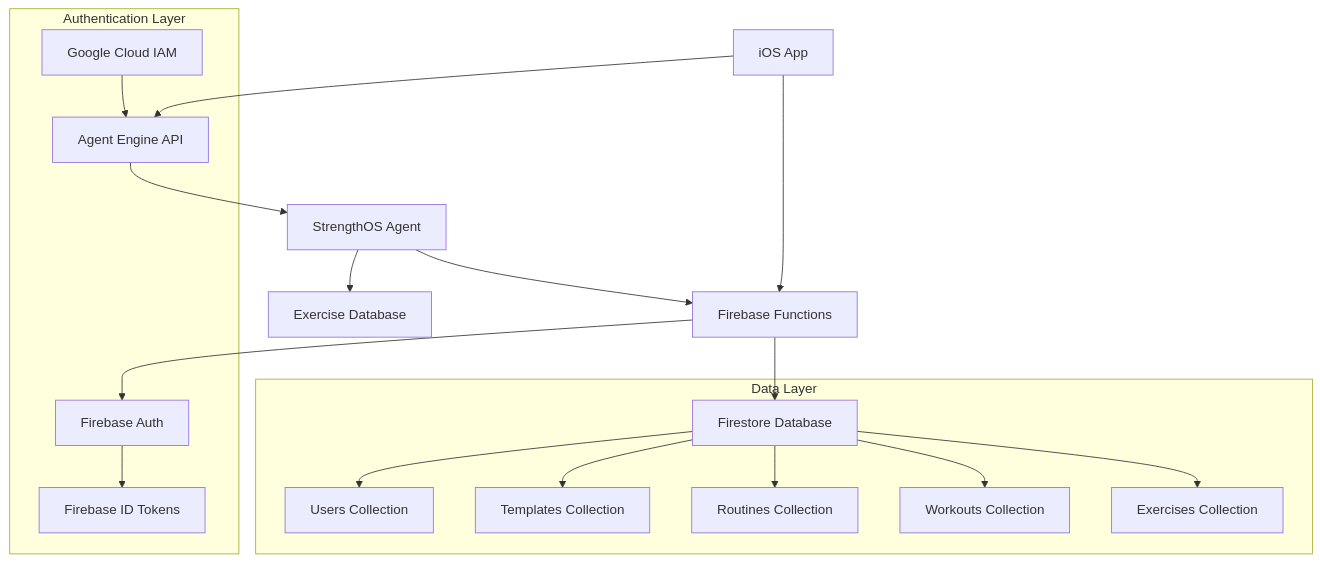
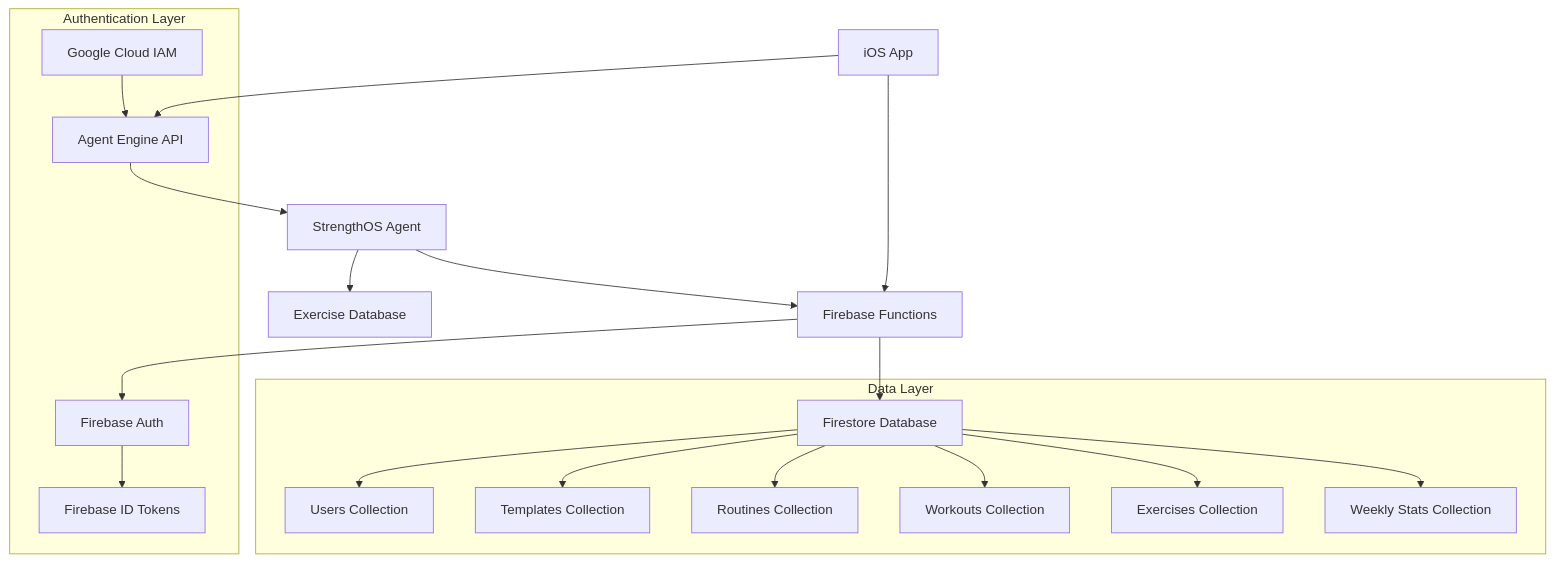
The first of 3 diagrams in README.md (ValterAndersson/myon), drawn with Mermaid before and after one commit. The commit also changed other lines of this file and 1 other file, not shown here.

First line of the commit message:
Remove pr-description.md and update README to include weekly stats collection details

````diff
--- a/README.md
+++ b/README.md
@@ -16,23 +16,24 @@
 ```mermaid
 graph TB
     A[iOS App] --> B[Firebase Functions]
     A --> C[Agent Engine API]
     C --> D[StrengthOS Agent]
     D --> B
     B --> E[Firestore Database]
     B --> F[Firebase Auth]
     D --> G[Exercise Database]
     
     subgraph "Authentication Layer"
     F --> H[Firebase ID Tokens]
     I[Google Cloud IAM] --> C
     end
     
     subgraph "Data Layer"
     E --> J[Users Collection]
     E --> K[Templates Collection]
     E --> L[Routines Collection]
     E --> M[Workouts Collection]
     E --> N[Exercises Collection]
+    E --> O[Weekly Stats Collection]
     end
 ```
````
